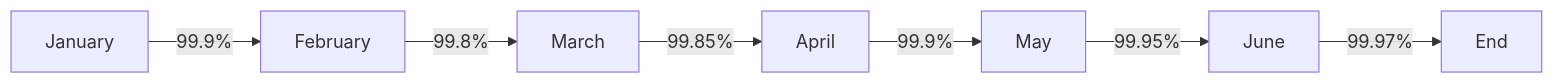
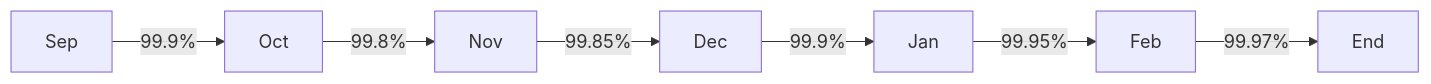
One commit to shilpa-acog/blog changed the first of 3 diagrams in home.md. Above: the diagram before and after it, drawn with Mermaid. The commit also changed other lines of this file, not shown here.

Commit message:
docs: update home

````diff
--- a/home.md
+++ b/home.md
@@ -42,9 +38,9 @@
 ```mermaid
 graph LR
-  A[January] -->|99.9%| B[February]
-  B -->|99.8%| C[March]
-  C -->|99.85%| D[April]
-  D -->|99.9%| E[May]
-  E -->|99.95%| F[June]
+  A[Sep] -->|99.9%| B[Oct]
+  B -->|99.8%| C[Nov]
+  C -->|99.85%| D[Dec]
+  D -->|99.9%| E[Jan]
+  E -->|99.95%| F[Feb]
   F -->|99.97%| G[End]
   ```
````
